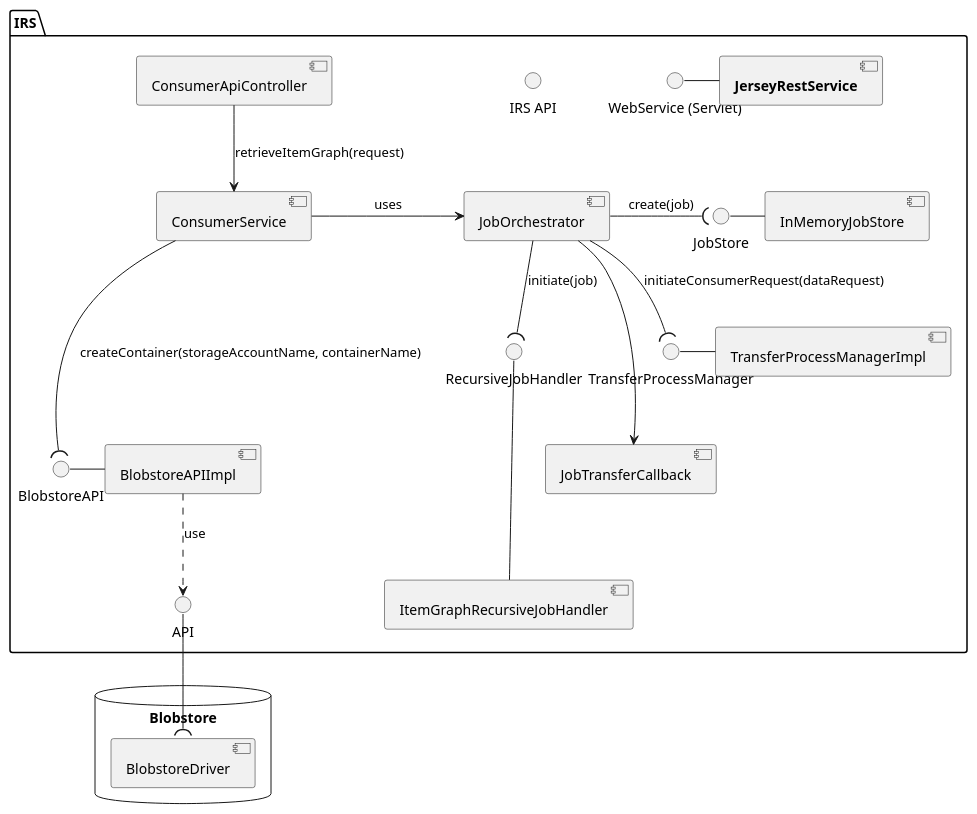
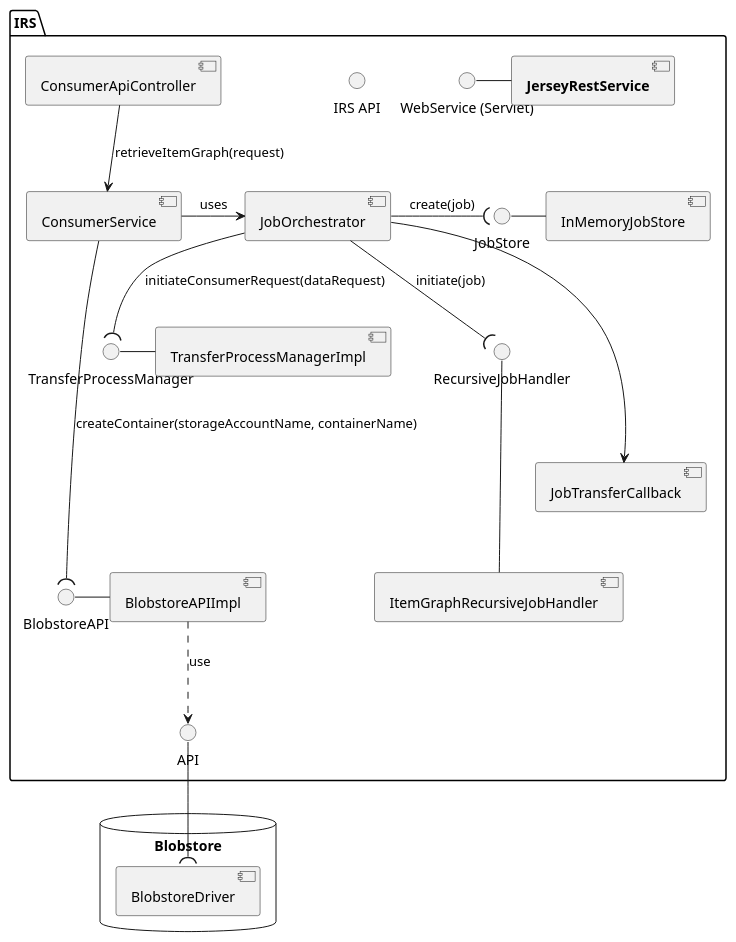
The diagram in docs/src/uml-diagrams/component-diagram/job-orchistration-component.puml (eclipse-tractusx/item-relationship-service), drawn with PlantUML before and after one commit.

Commit message:
chore(buildingblock):[#287] correct formatting

```diff
--- a/docs/src/uml-diagrams/component-diagram/job-orchistration-component.puml
+++ b/docs/src/uml-diagrams/component-diagram/job-orchistration-component.puml
@@ -1,44 +1,45 @@
 @startuml
 'https://plantuml.com/component-diagram
 
 skinparam monochrome true
 skinparam shadowing false
+
 
 package "IRS" {
 
   interface "WebService (Servlet)"  as WebService
   component [**JerseyRestService**] as JerseyRestService
   WebService - JerseyRestService
   interface "IRS API"  as IrsAPI
   [ConsumerApiController]
   [ConsumerService]
   ConsumerApiController --> ConsumerService : retrieveItemGraph(request)
   BlobstoreAPI - [BlobstoreAPIImpl]
 
-  ConsumerService ---( BlobstoreAPI : createContainer(storageAccountName, containerName)
+  ConsumerService ----( BlobstoreAPI : createContainer(storageAccountName, containerName)
   [JobOrchestrator]
   ConsumerService -> JobOrchestrator : uses
   BlobstoreAPIImpl ..> API : use
   JobStore -  [InMemoryJobStore]
   JobOrchestrator -( JobStore : create(job)
 
   RecursiveJobHandler --- [ItemGraphRecursiveJobHandler]
   JobOrchestrator --( RecursiveJobHandler: initiate(job)
 
   TransferProcessManager - [TransferProcessManagerImpl]
   JobOrchestrator --( TransferProcessManager: initiateConsumerRequest(dataRequest)
 
   JobOrchestrator ---> [JobTransferCallback]
 }
 
 
 package "Blobstore" {
   API --( [BlobstoreDriver]
 
 }
 
 database Blobstore {
 }
 
 
 @enduml
```
